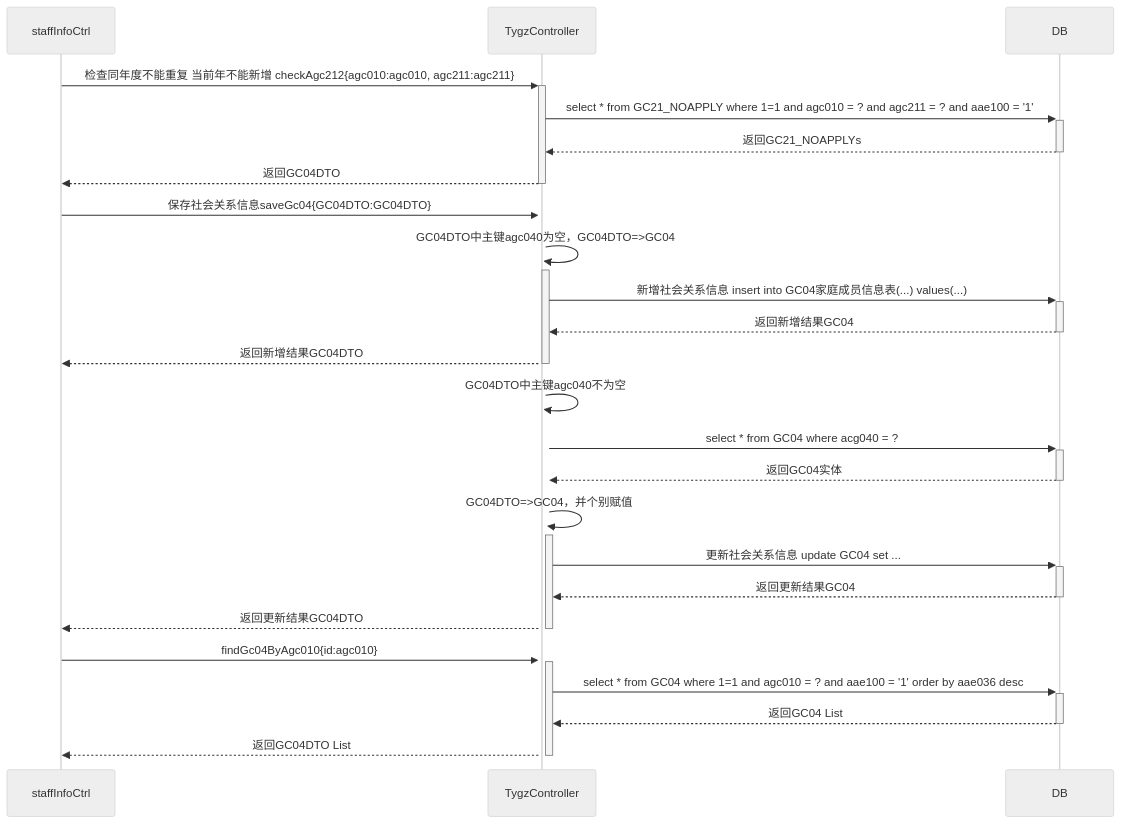
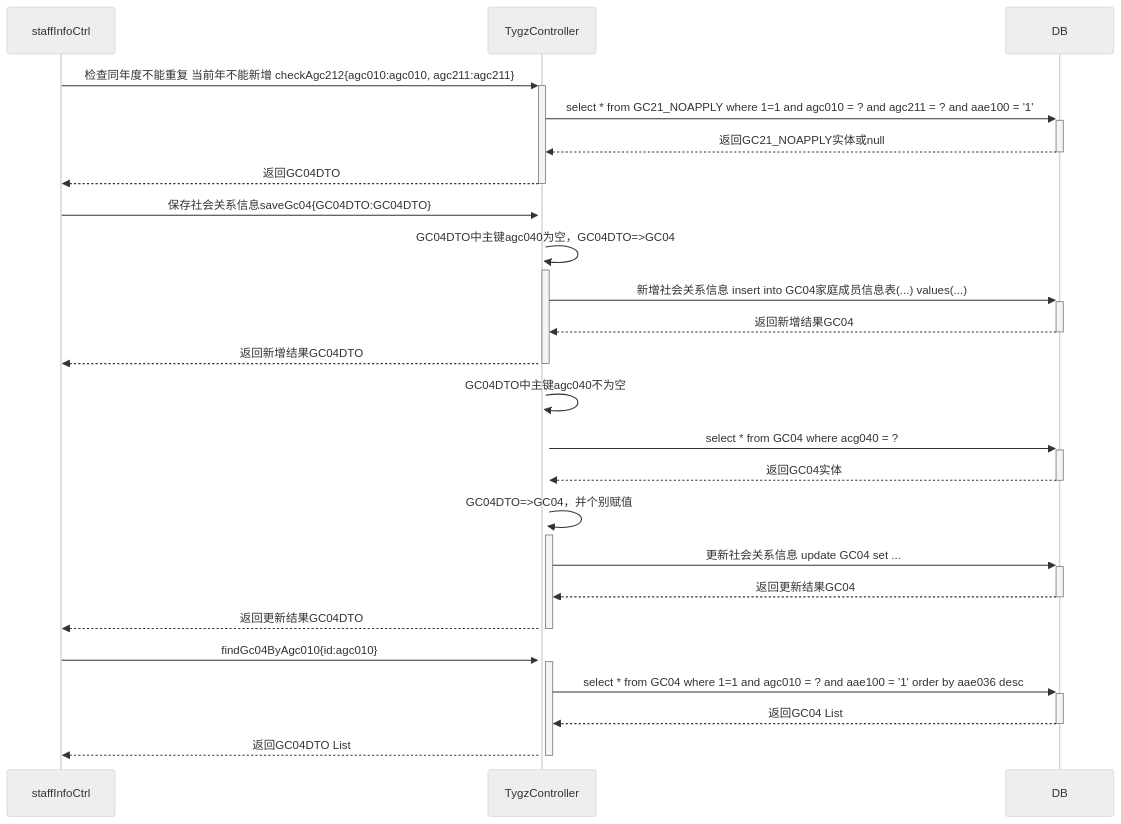
The diagram in all/人员考核信息新增按钮的调用业务流程.md (ZhangJianBeiJing/iodraw-files), drawn with Mermaid (neutral theme) before and after one commit.

Commit message:
2025-03-25 17:55:34 update

````diff
--- a/all/人员考核信息新增按钮的调用业务流程.md
+++ b/all/人员考核信息新增按钮的调用业务流程.md
@@ -1,24 +1,24 @@
 ```mermaid
 sequenceDiagram
     staffInfoCtrl->>+TygzController:检查同年度不能重复 当前年不能新增 checkAgc212{agc010:agc010, agc211:agc211}
     TygzController->>+DB:select * from GC21_NOAPPLY where 1=1 and agc010 = ? and agc211 = ? and aae100 = '1'
-    DB-->>-TygzController:返回GC21_NOAPPLYs
+    DB-->>-TygzController:返回GC21_NOAPPLY实体或null
     TygzController-->>-staffInfoCtrl:返回GC04DTO
     staffInfoCtrl->>+TygzController:保存社会关系信息saveGc04{GC04DTO:GC04DTO}
     TygzController->>+TygzController:GC04DTO中主键agc040为空，GC04DTO=>GC04
     TygzController->>+DB:新增社会关系信息 insert into GC04家庭成员信息表(...) values(...)
     DB-->>-TygzController:返回新增结果GC04
     TygzController-->>-staffInfoCtrl:返回新增结果GC04DTO
     TygzController->>+TygzController:GC04DTO中主键agc040不为空
     TygzController->>+DB:select * from GC04 where acg040 = ?
     DB-->>-TygzController:返回GC04实体
     TygzController->>+TygzController:GC04DTO=>GC04，并个别赋值
     TygzController->>+DB:更新社会关系信息 update GC04 set ...
     DB-->>-TygzController:返回更新结果GC04
     TygzController-->>-staffInfoCtrl:返回更新结果GC04DTO
 
     staffInfoCtrl->>+TygzController:findGc04ByAgc010{id:agc010}
     TygzController->>+DB:select * from GC04 where 1=1 and agc010 = ? and aae100 = '1' order by aae036 desc
     DB-->>-TygzController:返回GC04 List
     TygzController-->>-staffInfoCtrl:返回GC04DTO List
 ```
````
